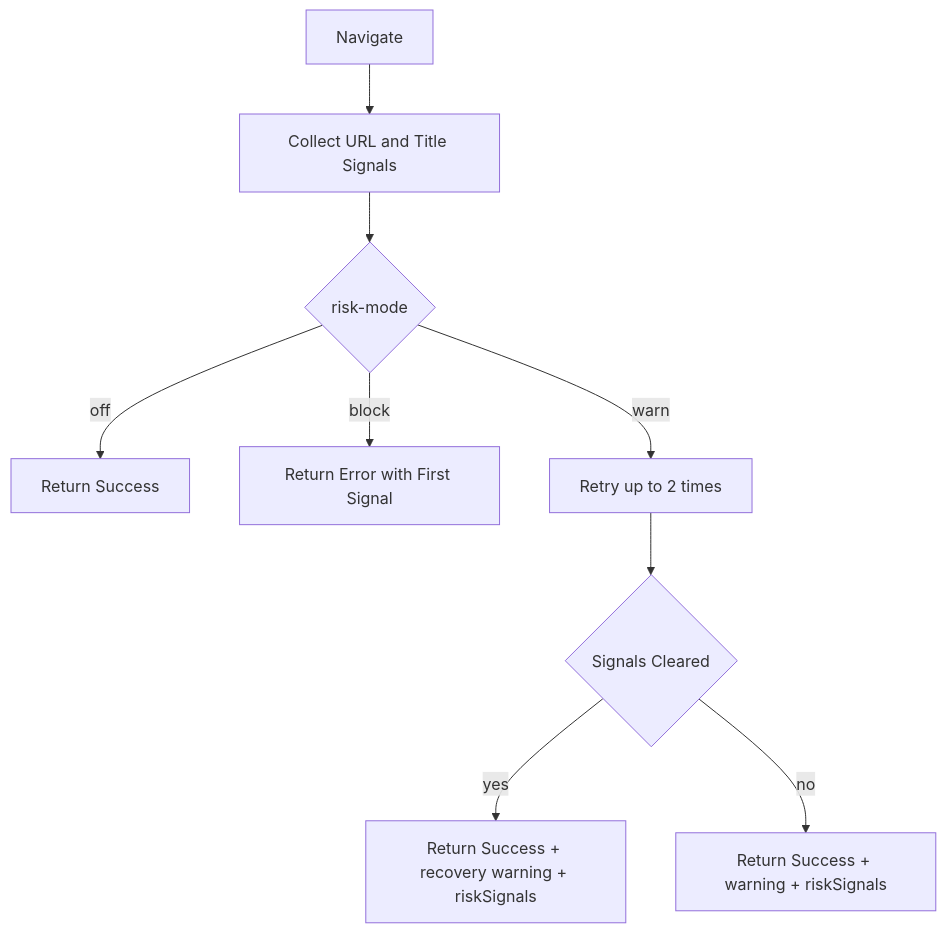
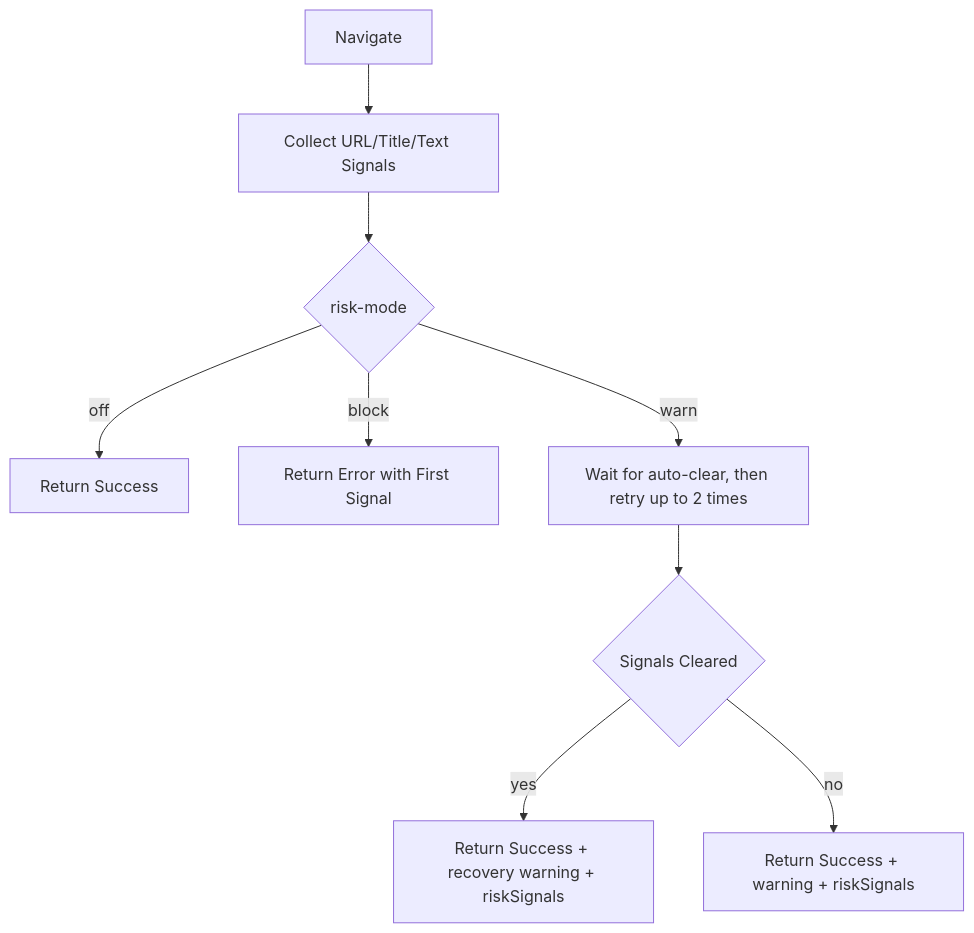
The second of 2 diagrams in README.md (leeguooooo/agent-browser-stealth), drawn with Mermaid before and after one commit. The commit also changed other lines of this file and 18 other files, not shown here.

````diff
--- a/README.md
+++ b/README.md
@@ -199,11 +205,11 @@
 ```mermaid
 flowchart TD
-  A["Navigate"] --> B["Collect URL and Title Signals"]
+  A["Navigate"] --> B["Collect URL/Title/Text Signals"]
   B --> C{"risk-mode"}
   C -->|off| D["Return Success"]
   C -->|block| E["Return Error with First Signal"]
-  C -->|warn| F["Retry up to 2 times"]
+  C -->|warn| F["Wait for auto-clear, then retry up to 2 times"]
   F --> G{"Signals Cleared"}
   G -->|yes| H["Return Success + recovery warning + riskSignals"]
   G -->|no| I["Return Success + warning + riskSignals"]
 ```
````
